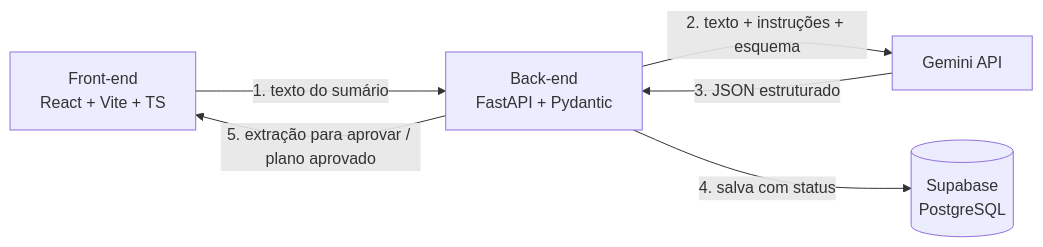
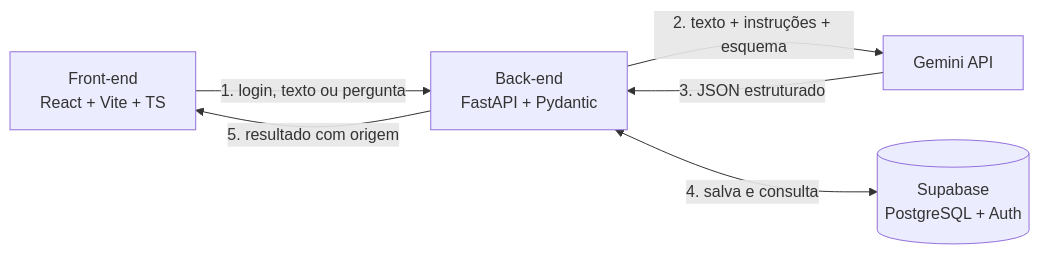
One commit to FMU-Tech-Inovacao-2026-2/pitchInicial changed the diagram in README.md. Above: the diagram before and after it, drawn with Mermaid. The commit also changed other lines of this file and 11 other files, not shown here.

````diff
--- a/README.md
+++ b/README.md
@@ -9,8 +21,8 @@
 ```mermaid
 flowchart LR
-    F["Front-end<br/>React + Vite + TS"] -- "1. texto do sumário" --> B["Back-end<br/>FastAPI + Pydantic"]
+    F["Front-end<br/>React + Vite + TS"] -- "1. login, texto ou pergunta" --> B["Back-end<br/>FastAPI + Pydantic"]
     B -- "2. texto + instruções + esquema" --> G["Gemini API"]
     G -- "3. JSON estruturado" --> B
-    B -- "4. salva com status" --> S[("Supabase<br/>PostgreSQL")]
-    B -- "5. extração para aprovar / plano aprovado" --> F
+    B <-- "4. salva e consulta" --> S[("Supabase<br/>PostgreSQL + Auth")]
+    B -- "5. resultado com origem" --> F
 ```
````
